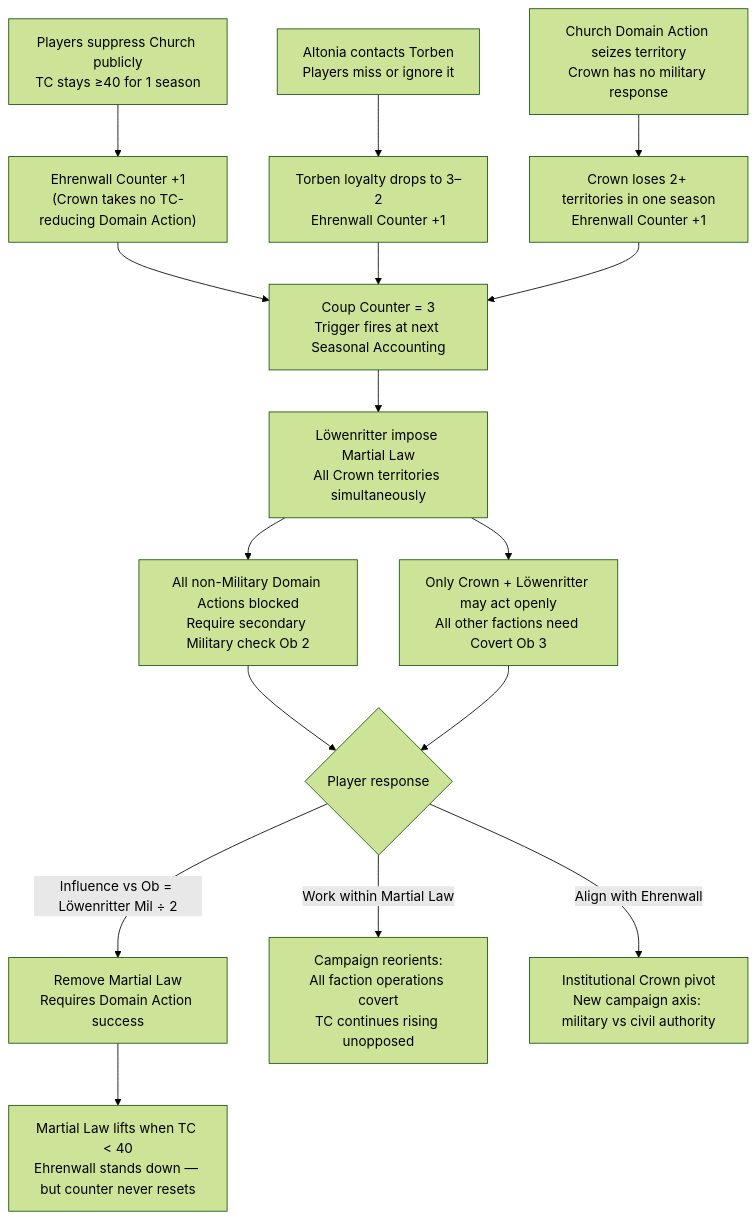
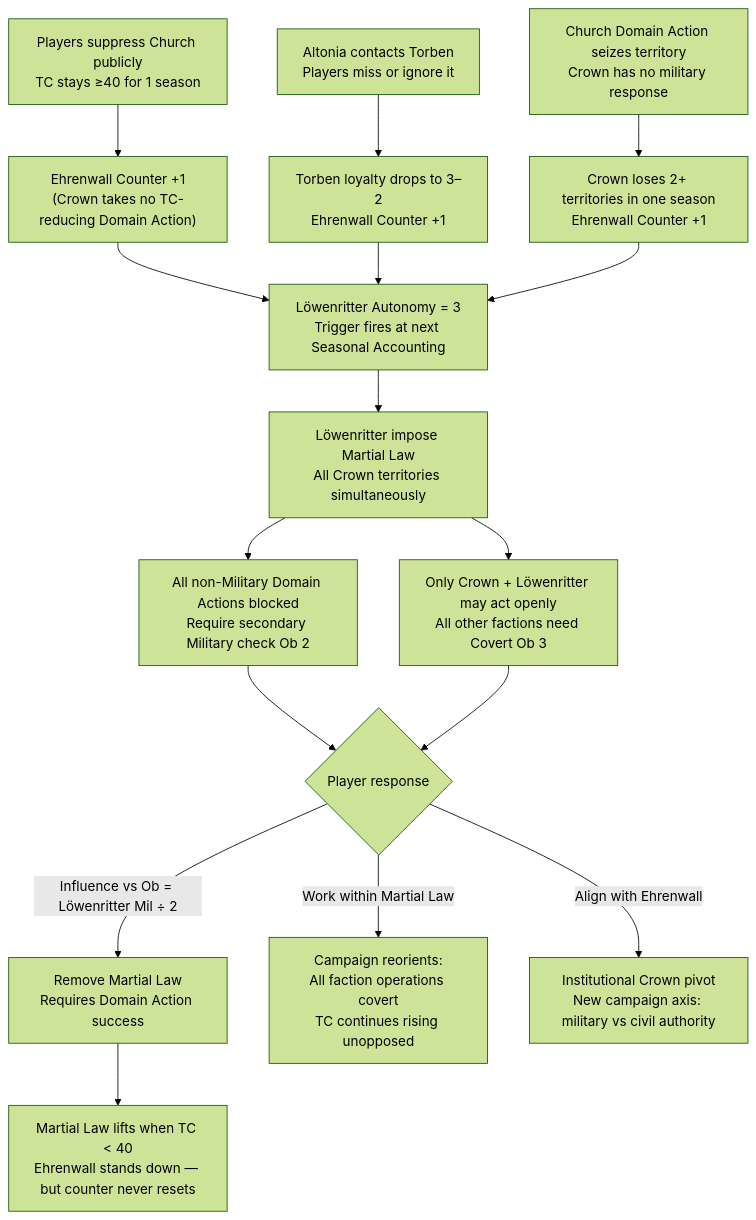
Before and after one commit to jordanelias/ttrpg: the first of 4 diagrams in designs/arcs/emergent_campaign_arcs.md, drawn with Mermaid (forest theme). The commit also changed other lines of this file and 2 other files, not shown here.

Commit message:
[cleanup] Residual Niflhel→settlement-level + Coup Counter→Autonomy in arc files and factions_personal

````diff
--- a/designs/arcs/emergent_campaign_arcs.md
+++ b/designs/arcs/emergent_campaign_arcs.md
@@ -35,15 +35,15 @@
 ```mermaid
 flowchart TD
     A["Players suppress Church publicly\nTC stays ≥40 for 1 season"] --> B["Ehrenwall Counter +1\n(Crown takes no TC-reducing Domain Action)"]
     C["Altonia contacts Torben\nPlayers miss or ignore it"] --> D["Torben loyalty drops to 3–2\nEhrenwall Counter +1"]
     E["Church Domain Action seizes territory\nCrown has no military response"] --> F["Crown loses 2+ territories in one season\nEhrenwall Counter +1"]
-    B & D & F --> G["Coup Counter = 3\nTrigger fires at next Seasonal Accounting"]
+    B & D & F --> G["Löwenritter Autonomy = 3\nTrigger fires at next Seasonal Accounting"]
     G --> H["Löwenritter impose Martial Law\nAll Crown territories simultaneously"]
     H --> I["All non-Military Domain Actions blocked\nRequire secondary Military check Ob 2"]
     H --> J["Only Crown + Löwenritter may act openly\nAll other factions need Covert Ob 3"]
     I & J --> K{Player response}
     K -->|"Influence vs Ob = Löwenritter Mil ÷ 2"| L["Remove Martial Law\nRequires Domain Action success"]
     K -->|"Work within Martial Law"| M["Campaign reorients:\nAll faction operations covert\nTC continues rising unopposed"]
     K -->|"Align with Ehrenwall"| N["Institutional Crown pivot\nNew campaign axis: military vs civil authority"]
     L --> O["Martial Law lifts when TC < 40\nEhrenwall stands down — but counter never resets"]
 ```
````
